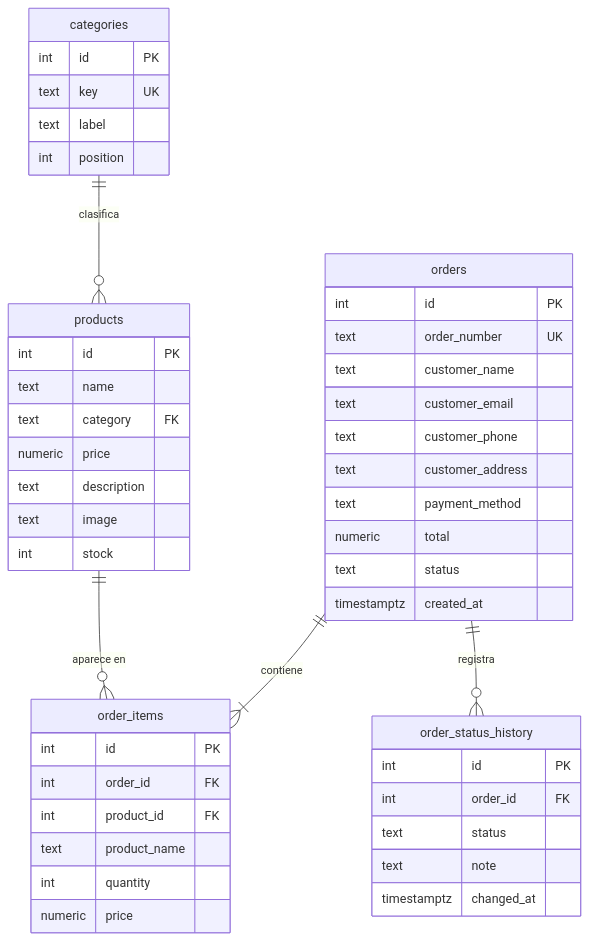
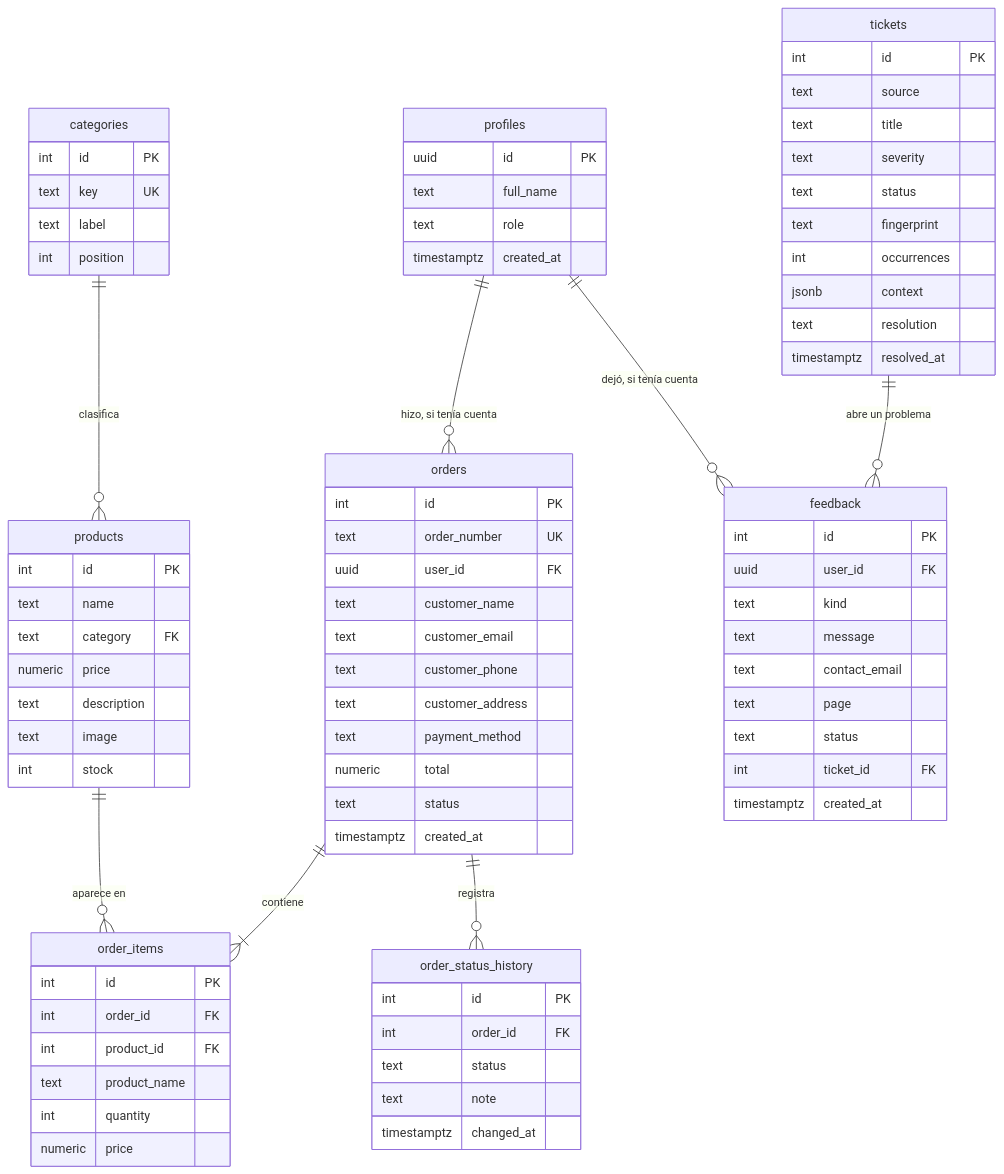
Before and after one commit to Alejandro-Paz05/Proyecto_ISW2: the sixth of 7 diagrams in docs/arquitectura.md, drawn with Mermaid. The commit also changed other lines of this file and 3 other files, not shown here.

```diff
--- a/docs/arquitectura.md
+++ b/docs/arquitectura.md
@@ -188,7 +217,39 @@
     products ||--o{ order_items : "aparece en"
     orders ||--|{ order_items : contiene
     orders ||--o{ order_status_history : registra
+    profiles ||--o{ orders : "hizo, si tenía cuenta"
+    profiles ||--o{ feedback : "dejó, si tenía cuenta"
+    tickets ||--o{ feedback : "abre un problema"
 
+    profiles {
+        uuid id PK
+        text full_name
+        text role
+        timestamptz created_at
+    }
+    feedback {
+        int id PK
+        uuid user_id FK
+        text kind
+        text message
+        text contact_email
+        text page
+        text status
+        int ticket_id FK
+        timestamptz created_at
+    }
+    tickets {
+        int id PK
+        text source
+        text title
+        text severity
+        text status
+        text fingerprint
+        int occurrences
+        jsonb context
+        text resolution
+        timestamptz resolved_at
+    }
     categories {
         int id PK
         text key UK
@@ -207,6 +268,7 @@
     orders {
         int id PK
         text order_number UK
+        uuid user_id FK
         text customer_name
         text customer_email
         text customer_phone
```
